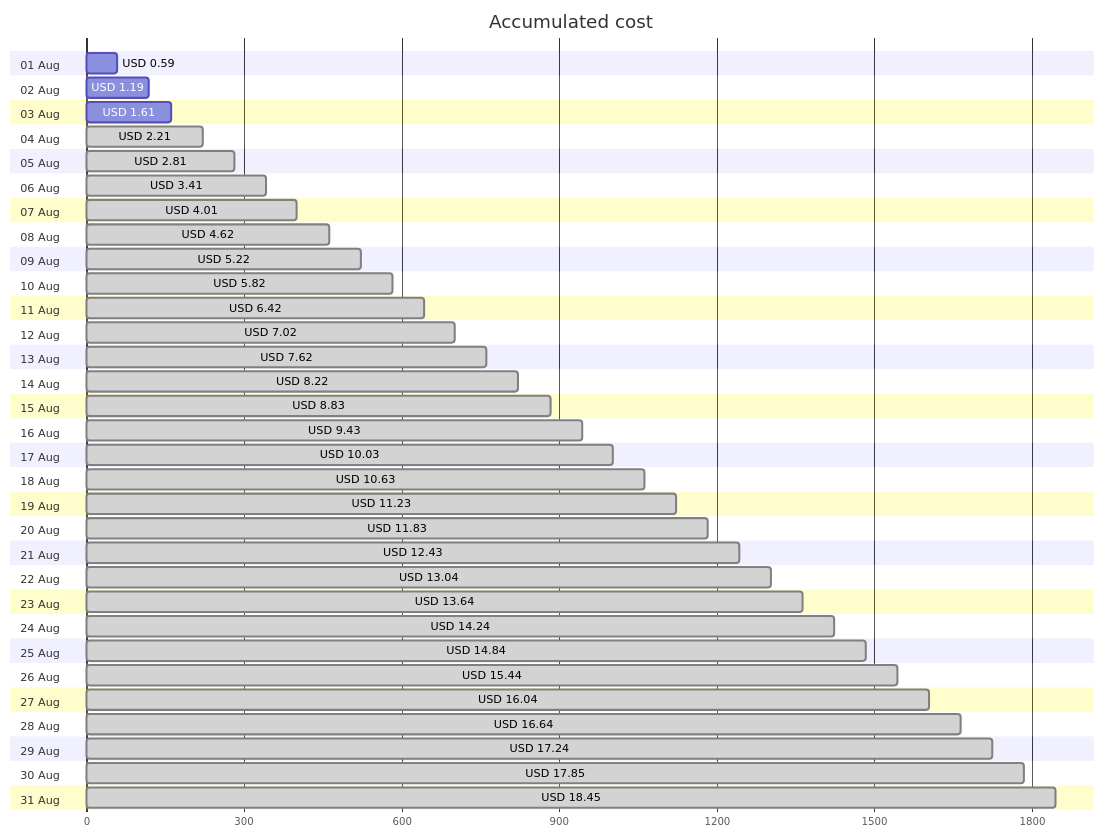
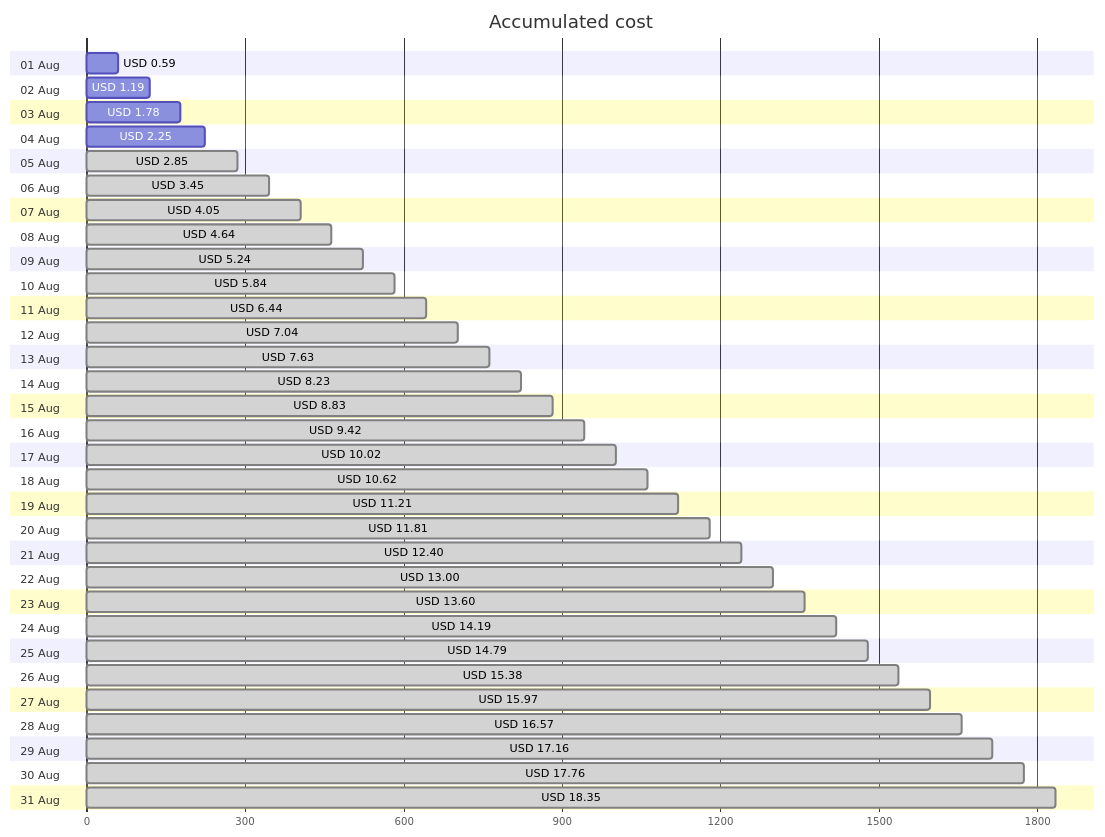
Before and after one commit to jpfulton/azure-personal-reports: the first of 4 diagrams in cost-reports/personal-site/README.md, drawn with Mermaid. The commit also changed other lines of this file and 6 other files, not shown here.

````diff
--- a/cost-reports/personal-site/README.md
+++ b/cost-reports/personal-site/README.md
@@ -20,68 +20,68 @@
 ```mermaid
 gantt
    title Accumulated cost
    dateFormat  X
    axisFormat %s
    section 01 Aug
    USD 0.59 :0, 59
    section 02 Aug
    USD 1.19 :0, 119
    section 03 Aug
-   USD 1.61 :0, 161
+   USD 1.78 :0, 178
    section 04 Aug
-   USD 2.21 : done, 0, 221
+   USD 2.25 :0, 225
    section 05 Aug
-   USD 2.81 : done, 0, 281
+   USD 2.85 : done, 0, 285
    section 06 Aug
-   USD 3.41 : done, 0, 341
+   USD 3.45 : done, 0, 345
    section 07 Aug
-   USD 4.01 : done, 0, 401
+   USD 4.05 : done, 0, 405
    section 08 Aug
-   USD 4.62 : done, 0, 462
+   USD 4.64 : done, 0, 464
    section 09 Aug
-   USD 5.22 : done, 0, 522
+   USD 5.24 : done, 0, 524
    section 10 Aug
-   USD 5.82 : done, 0, 582
+   USD 5.84 : done, 0, 584
    section 11 Aug
-   USD 6.42 : done, 0, 642
+   USD 6.44 : done, 0, 644
    section 12 Aug
-   USD 7.02 : done, 0, 702
+   USD 7.04 : done, 0, 704
    section 13 Aug
-   USD 7.62 : done, 0, 762
+   USD 7.63 : done, 0, 763
    section 14 Aug
-   USD 8.22 : done, 0, 822
+   USD 8.23 : done, 0, 823
    section 15 Aug
    USD 8.83 : done, 0, 883
    section 16 Aug
-   USD 9.43 : done, 0, 943
+   USD 9.42 : done, 0, 942
    section 17 Aug
-   USD 10.03 : done, 0, 1003
+   USD 10.02 : done, 0, 1002
    section 18 Aug
-   USD 10.63 : done, 0, 1063
+   USD 10.62 : done, 0, 1062
    section 19 Aug
-   USD 11.23 : done, 0, 1123
+   USD 11.21 : done, 0, 1121
    section 20 Aug
-   USD 11.83 : done, 0, 1183
+   USD 11.81 : done, 0, 1181
    section 21 Aug
-   USD 12.43 : done, 0, 1243
+   USD 12.40 : done, 0, 1240
    section 22 Aug
-   USD 13.04 : done, 0, 1304
+   USD 13.00 : done, 0, 1300
    section 23 Aug
-   USD 13.64 : done, 0, 1364
+   USD 13.60 : done, 0, 1360
    section 24 Aug
-   USD 14.24 : done, 0, 1424
+   USD 14.19 : done, 0, 1419
    section 25 Aug
-   USD 14.84 : done, 0, 1484
+   USD 14.79 : done, 0, 1479
    section 26 Aug
-   USD 15.44 : done, 0, 1544
+   USD 15.38 : done, 0, 1538
    section 27 Aug
-   USD 16.04 : done, 0, 1604
+   USD 15.97 : done, 0, 1597
    section 28 Aug
-   USD 16.64 : done, 0, 1664
+   USD 16.57 : done, 0, 1657
    section 29 Aug
-   USD 17.24 : done, 0, 1724
+   USD 17.16 : done, 0, 1716
    section 30 Aug
-   USD 17.85 : done, 0, 1785
+   USD 17.76 : done, 0, 1776
    section 31 Aug
-   USD 18.45 : done, 0, 1845
+   USD 18.35 : done, 0, 1835
 ```
````
